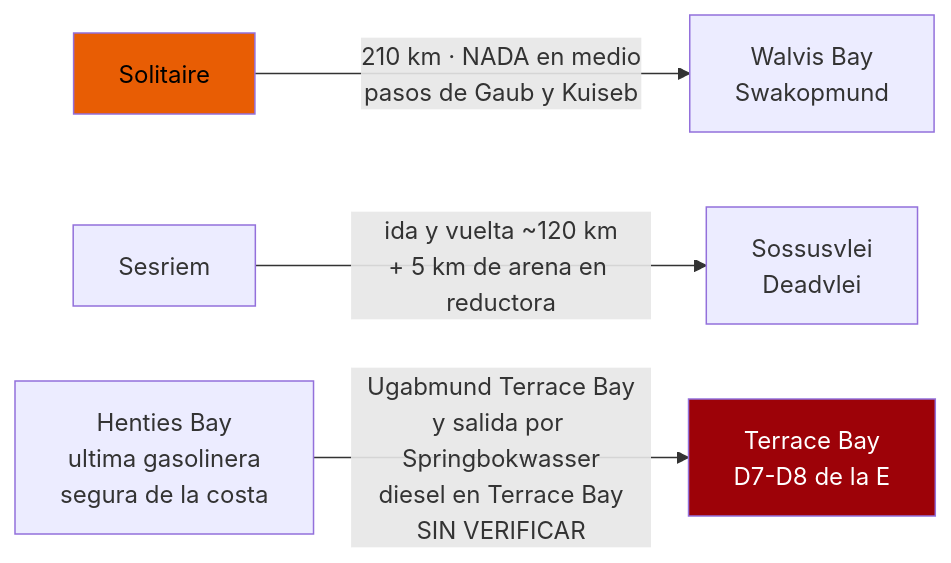
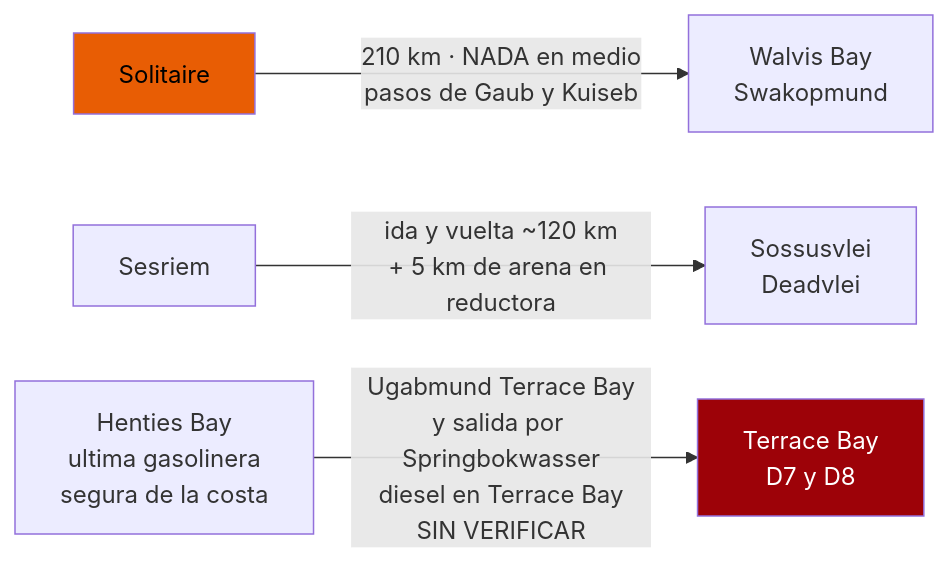
The first of 2 diagrams in 07-logistica.md (morandeirachema/namibia), drawn with Mermaid before and after one commit. The commit also changed other lines of this file and 10 other files, not shown here.

````diff
--- a/07-logistica.md
+++ b/07-logistica.md
@@ -101,8 +101,8 @@
 ```mermaid
 flowchart LR
     S["Solitaire"] -->|"210 km · NADA en medio<br/>pasos de Gaub y Kuiseb"| W["Walvis Bay<br/>Swakopmund"]
     SE["Sesriem"] -->|"ida y vuelta ~120 km<br/>+ 5 km de arena en reductora"| D["Sossusvlei<br/>Deadvlei"]
-    H["Henties Bay<br/>ultima gasolinera<br/>segura de la costa"] -->|"Ugabmund Terrace Bay<br/>y salida por Springbokwasser<br/>diesel en Terrace Bay<br/>SIN VERIFICAR"| T["Terrace Bay<br/>D7-D8 de la E"]
+    H["Henties Bay<br/>ultima gasolinera<br/>segura de la costa"] -->|"Ugabmund Terrace Bay<br/>y salida por Springbokwasser<br/>diesel en Terrace Bay<br/>SIN VERIFICAR"| T["Terrace Bay<br/>D7 y D8"]
     style S fill:#e85d04,color:#000
     style T fill:#9d0208,color:#fff
 ```
````
